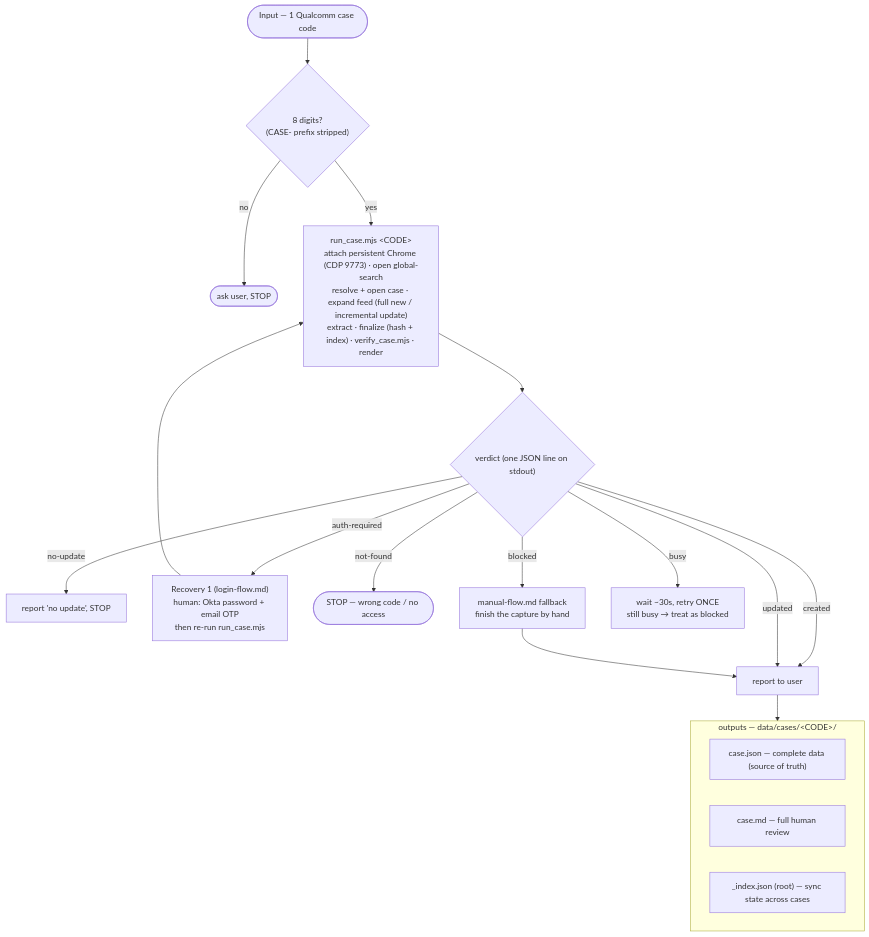
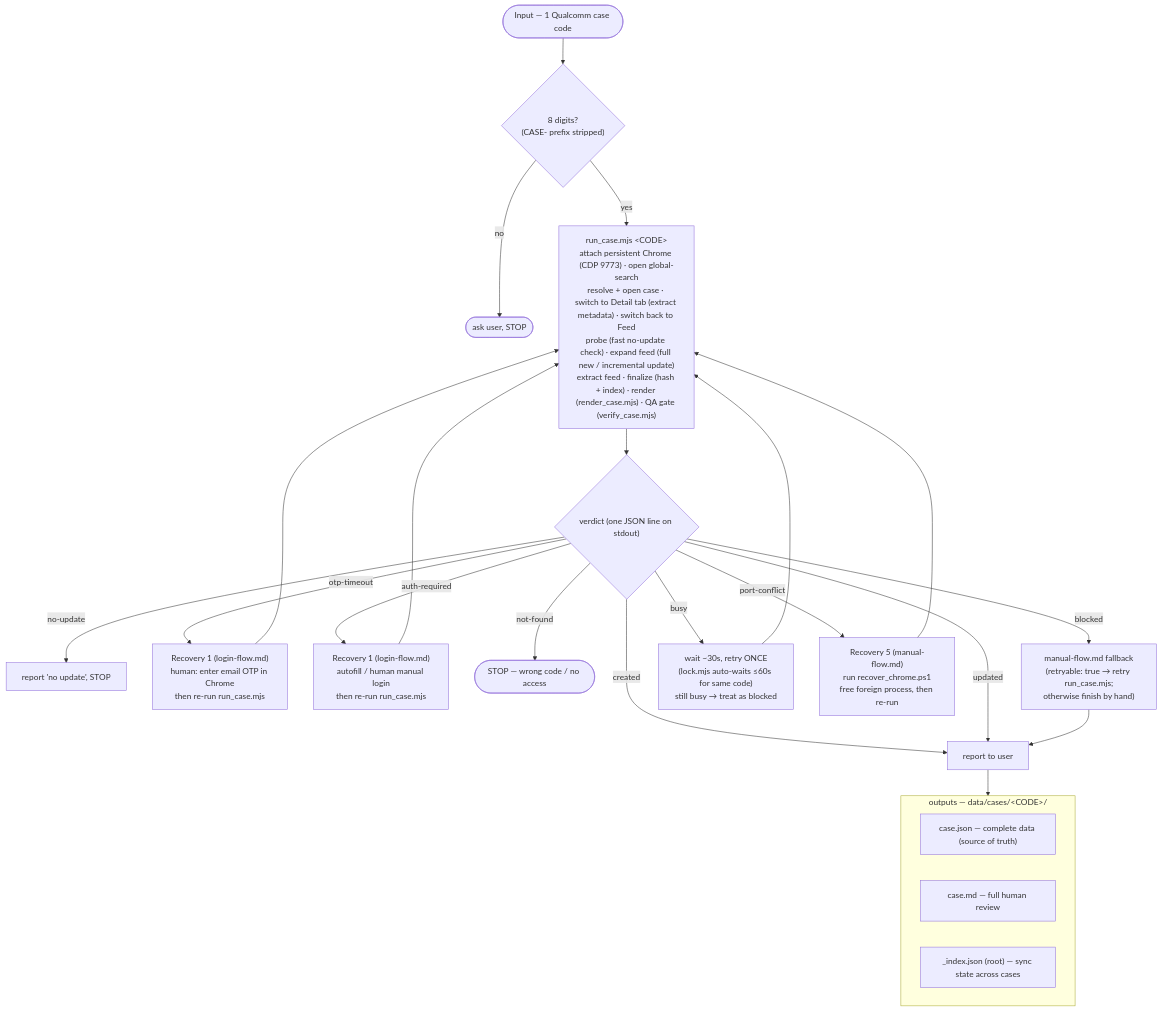
The diagram in .claude/skills/qualcomm-case-agent/references/workflow.md (congtubkbn/qualcomm-case-agent), drawn with Mermaid before and after one commit. The commit also changed other lines of this file, not shown here.

Commit message:
docs(workflow): fix step order, add missing statuses, and document lock retry (fixes #159)

````diff
--- a/.claude/skills/qualcomm-case-agent/references/workflow.md
+++ b/.claude/skills/qualcomm-case-agent/references/workflow.md
@@ -12,22 +12,27 @@
 ```mermaid
 flowchart TD
   IN(["Input — 1 Qualcomm case code"]) --> VALID{"8 digits?<br/>(CASE- prefix stripped)"}
   VALID -->|no| S0(["ask user, STOP"])
-  VALID -->|yes| RUN["run_case.mjs &lt;CODE&gt;<br/>attach persistent Chrome (CDP 9773) · open global-search<br/>resolve + open case · expand feed (full new / incremental update)<br/>extract · finalize (hash + index) · verify_case.mjs · render"]
+  VALID -->|yes| RUN["run_case.mjs &lt;CODE&gt;<br/>attach persistent Chrome (CDP 9773) · open global-search<br/>resolve + open case · switch to Detail tab (extract metadata) · switch back to Feed<br/>probe (fast no-update check) · expand feed (full new / incremental update)<br/>extract feed · finalize (hash + index) · render (render_case.mjs) · QA gate (verify_case.mjs)"]
   RUN --> V{"verdict (one JSON line on stdout)"}
   V -->|created| REPORT["report to user"]
   V -->|updated| REPORT
   V -->|no-update| REPORT_NU["report 'no update', STOP"]
-  V -->|auth-required| AUTH["Recovery 1 (login-flow.md)<br/>human: Okta password + email OTP<br/>then re-run run_case.mjs"]
+  V -->|otp-timeout| OTP["Recovery 1 (login-flow.md)<br/>human: enter email OTP in Chrome<br/>then re-run run_case.mjs"]
+  V -->|auth-required| AUTH["Recovery 1 (login-flow.md)<br/>autofill / human manual login<br/>then re-run run_case.mjs"]
   V -->|not-found| S1(["STOP — wrong code / no access"])
-  V -->|blocked| MANUAL["manual-flow.md fallback<br/>finish the capture by hand"]
-  V -->|busy| RETRY["wait ~30s, retry ONCE<br/>still busy → treat as blocked"]
+  V -->|blocked| MANUAL["manual-flow.md fallback<br/>(retryable: true → retry run_case.mjs;<br/>otherwise finish by hand)"]
+  V -->|busy| RETRY["wait ~30s, retry ONCE<br/>(lock.mjs auto-waits &le;60s for same code)<br/>still busy → treat as blocked"]
+  V -->|port-conflict| PORT["Recovery 5 (manual-flow.md)<br/>run recover_chrome.ps1<br/>free foreign process, then re-run"]
+  OTP --> RUN
   AUTH --> RUN
+  PORT --> RUN
+  RETRY --> RUN
   MANUAL --> REPORT
   REPORT --> OUT
   subgraph OUT["outputs — data/cases/&lt;CODE&gt;/"]
     O1["case.json — complete data (source of truth)"]
     O2["case.md — full human review"]
     O3["_index.json (root) — sync state across cases"]
   end
 ```
````
